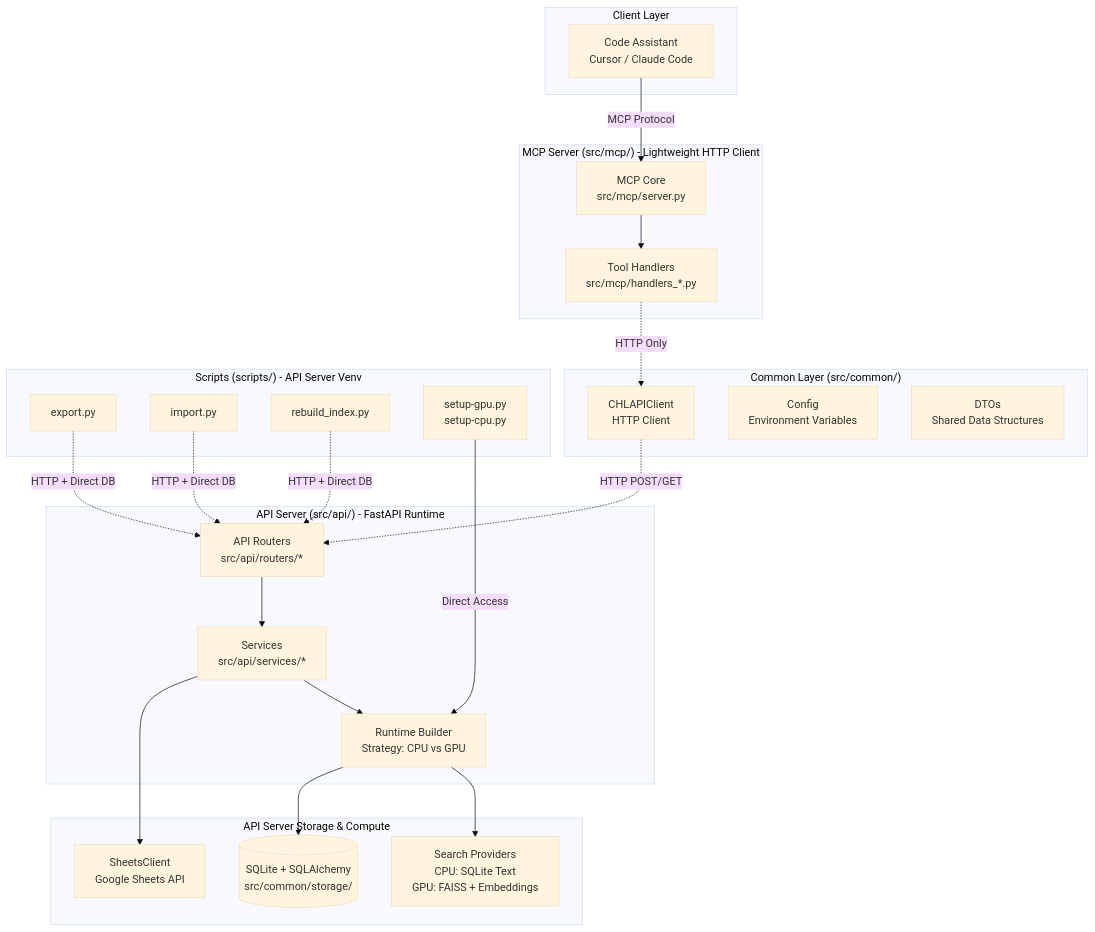
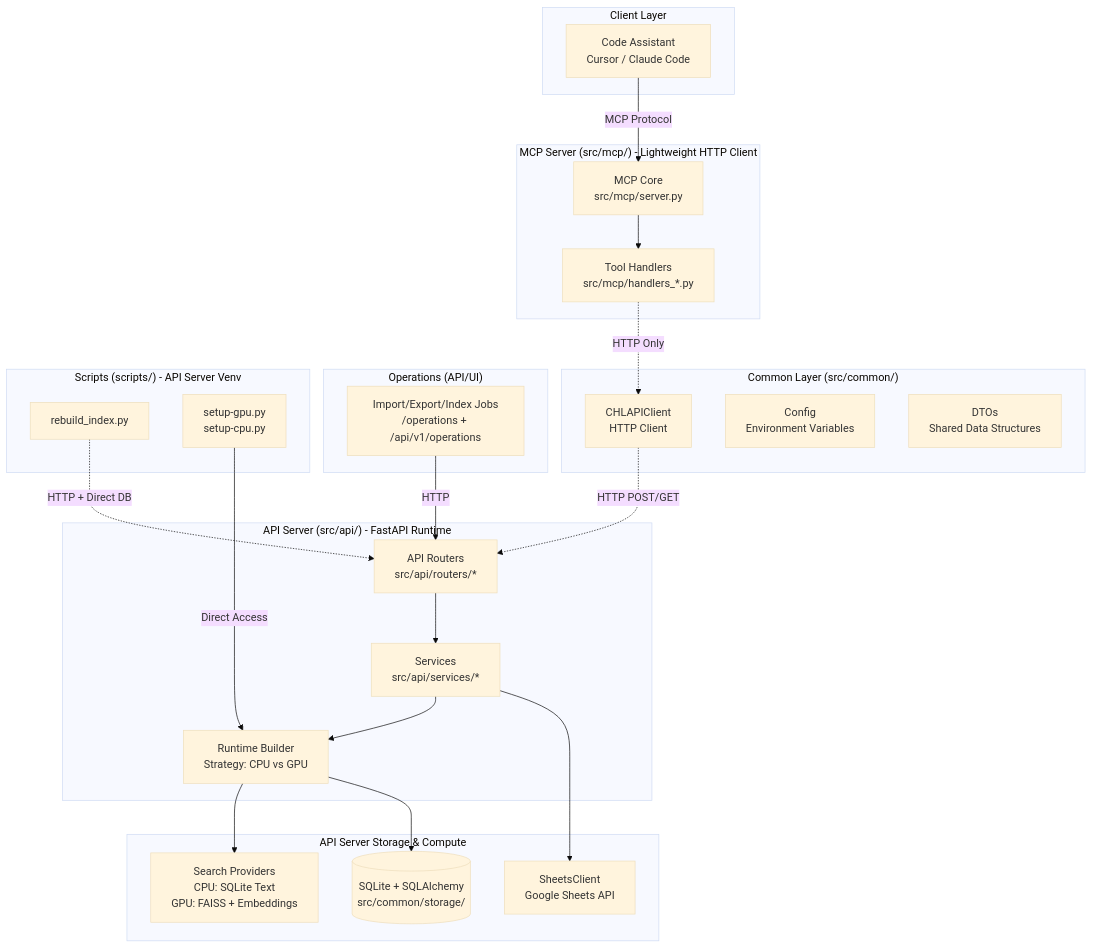
Before and after one commit to tyouritsugun/curated-heuristic-loop: the first of 4 diagrams in doc/architecture.md, drawn with Mermaid (base theme). The commit also changed other lines of this file and 8 other files, not shown here.

````diff
--- a/doc/architecture.md
+++ b/doc/architecture.md
@@ -11,50 +11,51 @@
 ```mermaid
 graph TB
     subgraph "Client Layer"
         CA[Code Assistant<br/>Cursor / Claude Code]
     end
 
     subgraph "MCP Server (src/mcp/) - Lightweight HTTP Client"
         MCPCORE[MCP Core<br/>src/mcp/server.py]
         HNDL[Tool Handlers<br/>src/mcp/handlers_*.py]
     end
 
     subgraph "API Server (src/api/) - FastAPI Runtime"
         ROUTERS[API Routers<br/>src/api/routers/*]
         SRVCS[Services<br/>src/api/services/*]
         RUNTIME[Runtime Builder<br/>Strategy: CPU vs GPU]
     end
 
     subgraph "Common Layer (src/common/)"
         APICLIENT[CHLAPIClient<br/>HTTP Client]
         CONFIG[Config<br/>Environment Variables]
         DTO[DTOs<br/>Shared Data Structures]
     end
 
     subgraph "API Server Storage & Compute"
         DB[(SQLite + SQLAlchemy<br/>src/common/storage/)]
         SHEETS[SheetsClient<br/>Google Sheets API]
         SEARCH[Search Providers<br/>CPU: SQLite Text<br/>GPU: FAISS + Embeddings]
     end
 
+    subgraph "Operations (API/UI)"
+        OPS[Import/Export/Index Jobs<br/>/operations + /api/v1/operations]
+    end
+
     subgraph "Scripts (scripts/) - API Server Venv"
-        EXPORT[export.py]
-        IMPORT[import.py]
         REBUILD[rebuild_index.py]
         SETUP[setup-gpu.py<br/>setup-cpu.py]
     end
 
     CA -->|MCP Protocol| MCPCORE
     MCPCORE --> HNDL
     HNDL -.->|HTTP Only| APICLIENT
     APICLIENT -.->|HTTP POST/GET| ROUTERS
     ROUTERS --> SRVCS
     SRVCS --> RUNTIME
     RUNTIME --> SEARCH
     RUNTIME --> DB
     SRVCS --> SHEETS
-    EXPORT -.->|HTTP + Direct DB| ROUTERS
-    IMPORT -.->|HTTP + Direct DB| ROUTERS
+    OPS -->|HTTP| ROUTERS
     REBUILD -.->|HTTP + Direct DB| ROUTERS
     SETUP -->|Direct Access| RUNTIME
 ```
````
